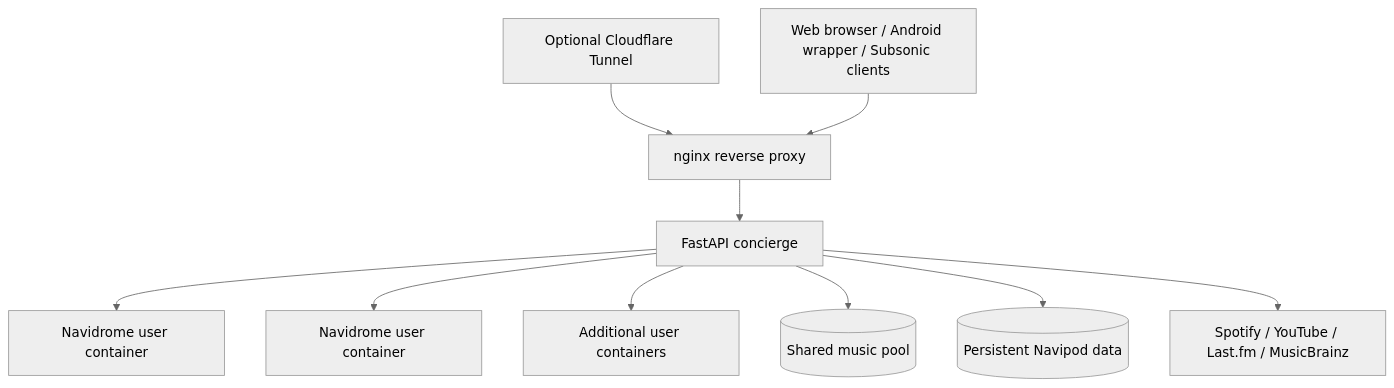
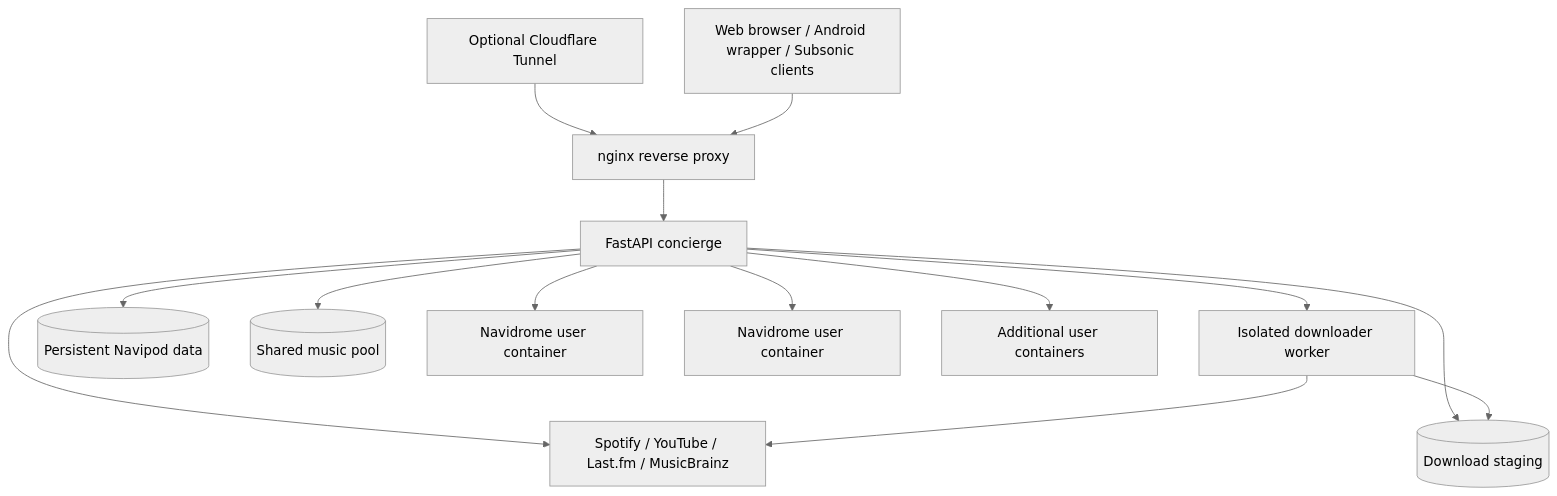
Before and after one commit to sPROFFEs/Navipod: the diagram in docs/ARCHITECTURE.md, drawn with Mermaid (neutral theme). The commit also changed other lines of this file and 17 other files, not shown here.

````diff
--- a/docs/ARCHITECTURE.md
+++ b/docs/ARCHITECTURE.md
@@ -7,23 +7,29 @@
 ```mermaid
 flowchart TB
     Clients[Web browser / Android wrapper / Subsonic clients]
     Proxy[nginx reverse proxy]
     Concierge[FastAPI concierge]
+    Downloader[Isolated downloader worker]
     Tunnel[Optional Cloudflare Tunnel]
     Data[(Persistent Navipod data)]
     Pool[(Shared music pool)]
+    Staging[(Download staging)]
     Providers[Spotify / YouTube / Last.fm / MusicBrainz]
     U1[Navidrome user container]
     U2[Navidrome user container]
     UN[Additional user containers]
 
     Tunnel --> Proxy
     Clients --> Proxy
     Proxy --> Concierge
     Concierge --> U1
     Concierge --> U2
     Concierge --> UN
     Concierge --> Pool
     Concierge --> Data
     Concierge --> Providers
+    Concierge --> Downloader
+    Concierge --> Staging
+    Downloader --> Staging
+    Downloader --> Providers
 ```
````
